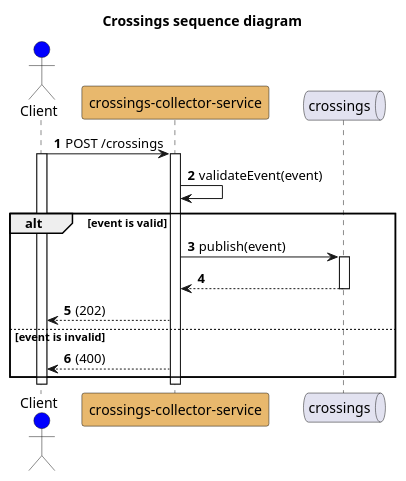
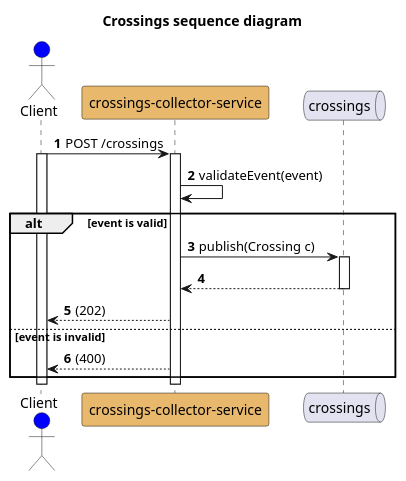
The diagram in docs/crossings_sequence_diagram.puml (VictorBulnesVilla/crossing-collector-service), drawn with PlantUML before and after one commit. The commit also changed 4 other files, not shown here.

Commit message:
Adding class diagram, modify README file

```diff
--- a/docs/crossings_sequence_diagram.puml
+++ b/docs/crossings_sequence_diagram.puml
@@ -1,24 +1,24 @@
 @startuml "crossings_sequence_diagram"
 title "Crossings sequence diagram"
 autonumber
 actor Client #blue
 participant "crossings-collector-service" as app #E8B86D
 queue crossings 
 
 Client->app: POST /crossings
 activate Client
 activate app
 app->app: validateEvent(event)
 alt event is valid
-    app->crossings: publish(event)
+    app->crossings: publish(Crossing c)
     activate crossings
     app<--crossings
     deactivate crossings
     Client<--app: (202)
 else event is invalid
     Client <-- app: (400)
 end
 deactivate app
 deactivate Client
 
 @enduml
```
